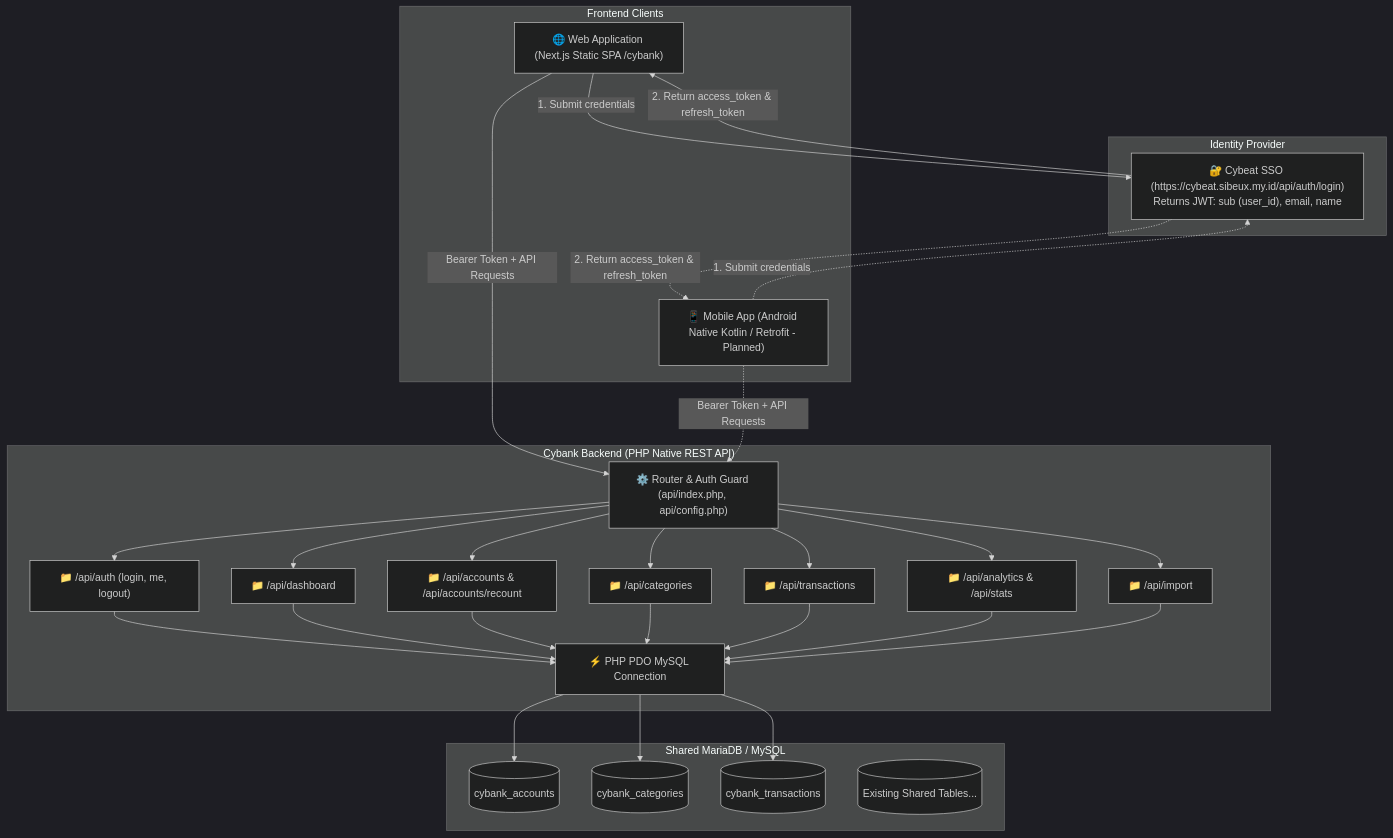
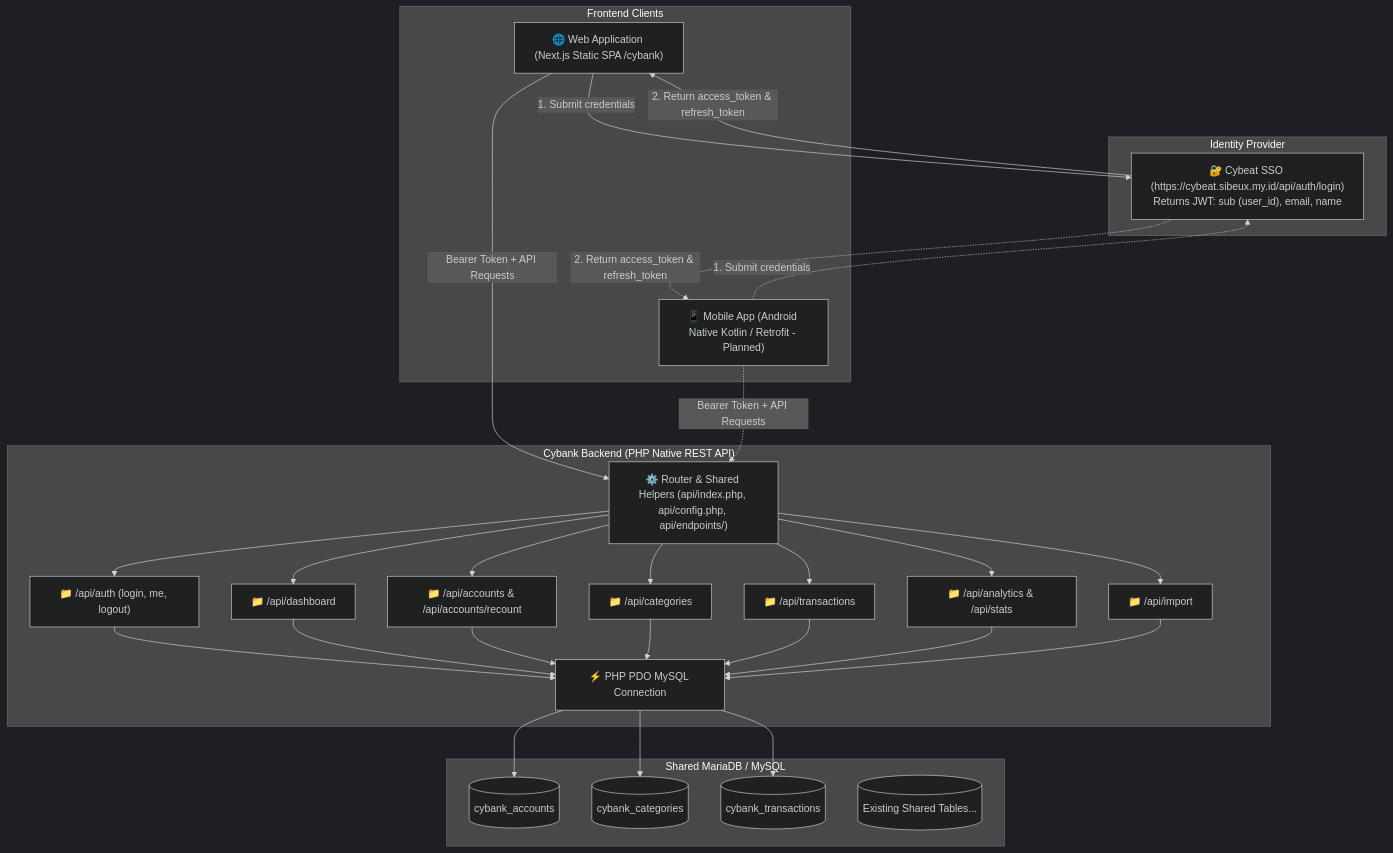
Before and after one commit to sibeux/cybank-web: the diagram in README.md, drawn with Mermaid (dark theme). The commit also changed other lines of this file and 21 other files, not shown here.

First line of the commit message:
refactor(api): restructure PHP backend to use endpoint files with shared helpers

````diff
--- a/README.md
+++ b/README.md
@@ -24,42 +24,42 @@
 ```mermaid
 flowchart TD
     subgraph Clients["Frontend Clients"]
         WEB["🌐 Web Application (Next.js Static SPA /cybank)"]
         ANDROID["📱 Mobile App (Android Native Kotlin / Retrofit - Planned)"]
     end
 
     subgraph Auth["Identity Provider"]
         SSO["🔐 Cybeat SSO (https://cybeat.sibeux.my.id/api/auth/login)<br/>Returns JWT: sub (user_id), email, name"]
     end
 
     subgraph Backend["Cybank Backend (PHP Native REST API)"]
-        ROUTER["⚙️ Router & Auth Guard (api/index.php, api/config.php)"]
+        ROUTER["⚙️ Router & Shared Helpers (api/index.php, api/config.php, api/endpoints/)"]
         API_AUTH["📁 /api/auth (login, me, logout)"]
         API_DASHBOARD["📁 /api/dashboard"]
         API_ACCOUNTS["📁 /api/accounts & /api/accounts/recount"]
         API_CATEGORIES["📁 /api/categories"]
         API_TRANSACTIONS["📁 /api/transactions"]
         API_ANALYTICS["📁 /api/analytics & /api/stats"]
         API_IMPORT["📁 /api/import"]
         PDO["⚡ PHP PDO MySQL Connection"]
     end
 
     subgraph Database["Shared MariaDB / MySQL"]
         T_ACC[("cybank_accounts")]
         T_CAT[("cybank_categories")]
         T_TX[("cybank_transactions")]
         OTHER_TABLES[("Existing Shared Tables...")]
     end
 
     WEB -->|1. Submit credentials| SSO
     ANDROID -.->|1. Submit credentials| SSO
     SSO -->|2. Return access_token & refresh_token| WEB
     SSO -.->|2. Return access_token & refresh_token| ANDROID
 
     WEB -->|Bearer Token + API Requests| ROUTER
     ANDROID -.->|Bearer Token + API Requests| ROUTER
 
     ROUTER --> API_AUTH & API_DASHBOARD & API_ACCOUNTS & API_CATEGORIES & API_TRANSACTIONS & API_ANALYTICS & API_IMPORT
     API_AUTH & API_DASHBOARD & API_ACCOUNTS & API_CATEGORIES & API_TRANSACTIONS & API_ANALYTICS & API_IMPORT --> PDO
     PDO --> T_ACC & T_CAT & T_TX
 ```
````
